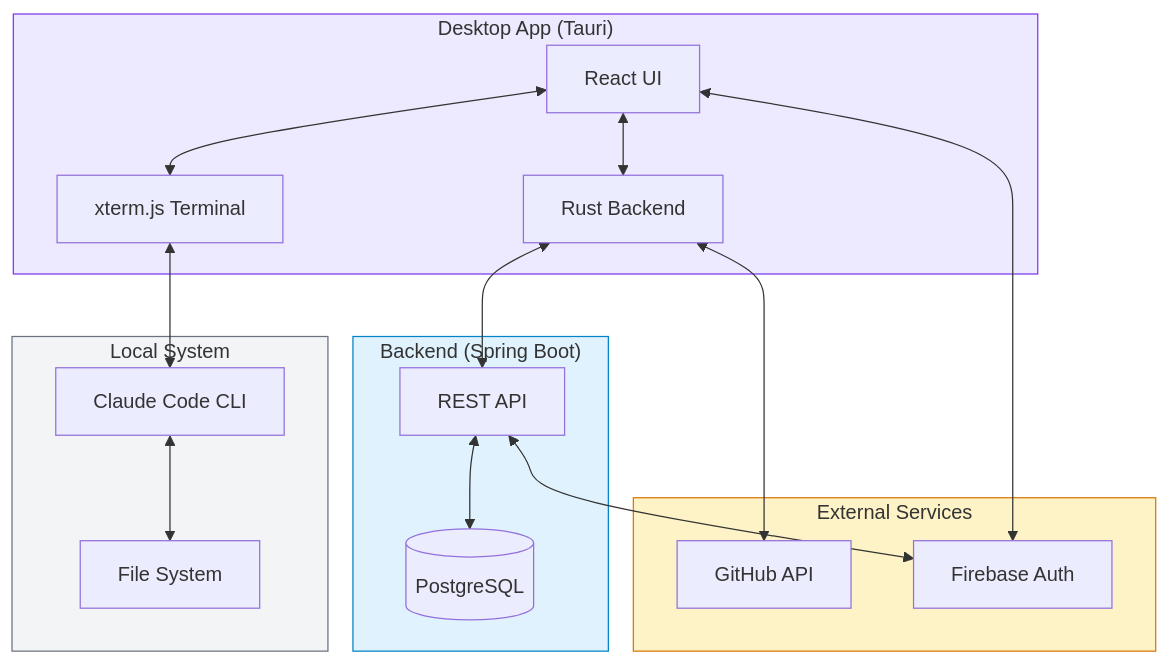
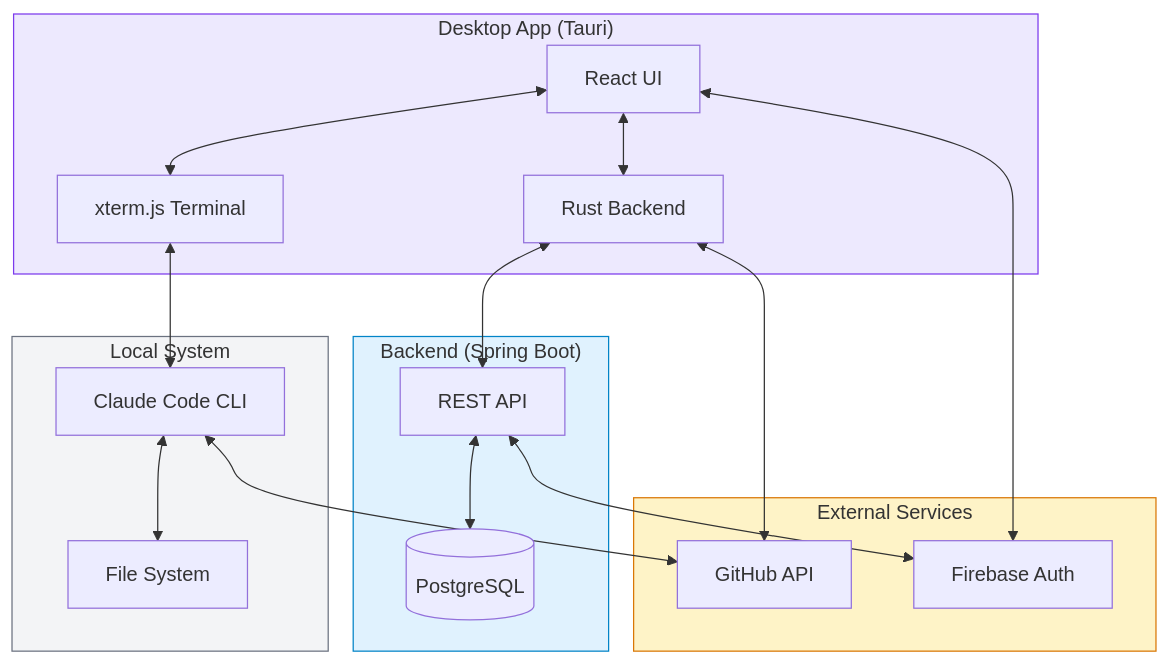
The third of 4 diagrams in docs/ARCHITECTURE.md (cliangdev/specflux), drawn with Mermaid before and after one commit.

Commit message:
docs: add Claude CLI to GitHub connection
Both Desktop App and Claude CLI interact with GitHub API.

🤖 Generated with [Claude Code](https://claude.com/claude-code)

````diff
--- a/docs/ARCHITECTURE.md
+++ b/docs/ARCHITECTURE.md
@@ -92,38 +92,39 @@
 ```mermaid
 flowchart TB
     subgraph Desktop ["Desktop App (Tauri)"]
         React[React UI]
         Rust[Rust Backend]
         Terminal[xterm.js Terminal]
     end
 
     subgraph Backend ["Backend (Spring Boot)"]
         API[REST API]
         DB[(PostgreSQL)]
     end
 
     subgraph External ["External Services"]
         GitHub[GitHub API]
         Firebase[Firebase Auth]
     end
 
     subgraph Local ["Local System"]
         FS[File System]
         Claude[Claude Code CLI]
     end
 
     React <--> Rust
     React <--> Terminal
     Terminal <--> Claude
     Claude <--> FS
     Rust <--> API
     API <--> DB
     Rust <--> GitHub
+    Claude <--> GitHub
     React <--> Firebase
     API <--> Firebase
 
     style Desktop fill:#ede9fe,stroke:#7c3aed
     style Backend fill:#e0f2fe,stroke:#0284c7
     style External fill:#fef3c7,stroke:#d97706
     style Local fill:#f3f4f6,stroke:#6b7280
 ```
````
